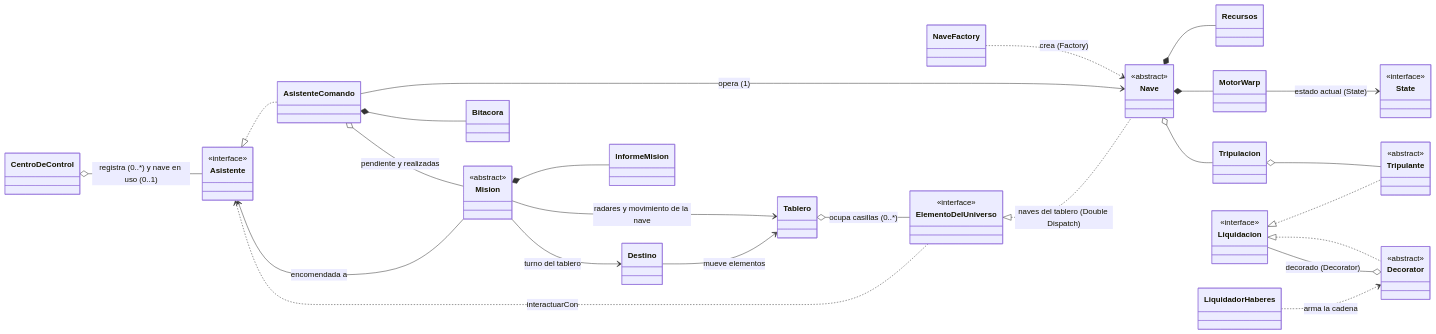
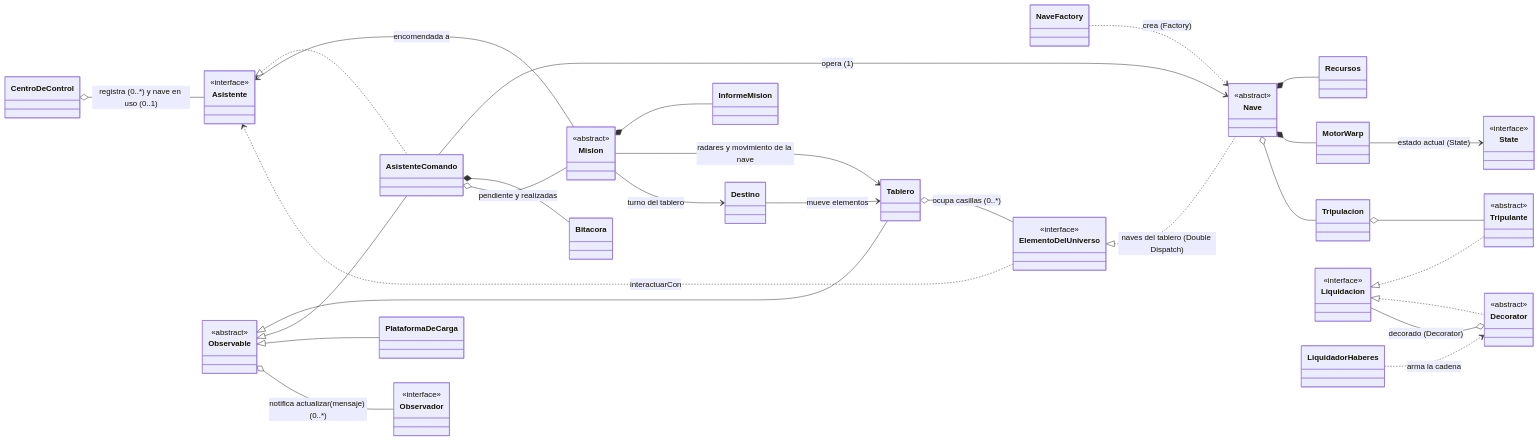
One commit to josesarregui/tpg-programacion-c-nave changed the first of 10 diagrams in docs/diagrama_clases.md. Above: the diagram before and after it, drawn with Mermaid. The commit also changed other lines of this file and 24 other files, not shown here.

First line of the commit message:
Paso 4 E2: Observer unificado con Observable/Observador de la cátedra

````diff
--- a/docs/diagrama_clases.md
+++ b/docs/diagrama_clases.md
@@ -13,55 +13,64 @@
 ```mermaid
 classDiagram
     direction LR
     class CentroDeControl
     class Asistente
     <<interface>> Asistente
     class AsistenteComando
     class Nave
     <<abstract>> Nave
     class NaveFactory
     class MotorWarp
     class State
     <<interface>> State
     class Recursos
     class Tripulacion
     class Tripulante
     <<abstract>> Tripulante
     class Bitacora
     class Mision
     <<abstract>> Mision
     class InformeMision
     class Liquidacion
     <<interface>> Liquidacion
     class Decorator
     <<abstract>> Decorator
     class LiquidadorHaberes
     class ElementoDelUniverso
     <<interface>> ElementoDelUniverso
     class Tablero
     class Destino
+    class Observable
+    <<abstract>> Observable
+    class Observador
+    <<interface>> Observador
+    class PlataformaDeCarga
 
+    Observable <|-- Tablero
+    Observable <|-- AsistenteComando
+    Observable <|-- PlataformaDeCarga
+    Observable o-- Observador : notifica actualizar(mensaje) (0..*)
     CentroDeControl o-- Asistente : registra (0..*) y nave en uso (0..1)
     Asistente <|.. AsistenteComando
     AsistenteComando --> Nave : opera (1)
     AsistenteComando *-- Bitacora
     AsistenteComando o-- Mision : pendiente y realizadas
     Mision --> Asistente : encomendada a
     Mision *-- InformeMision
     Mision --> Tablero : radares y movimiento de la nave
     Mision --> Destino : turno del tablero
     NaveFactory ..> Nave : crea (Factory)
     Nave *-- Recursos
     Nave *-- MotorWarp
     MotorWarp --> State : estado actual (State)
     Nave o-- Tripulacion
     Tripulacion o-- Tripulante
     Liquidacion <|.. Tripulante
     Liquidacion <|.. Decorator
     Decorator o-- Liquidacion : decorado (Decorator)
     LiquidadorHaberes ..> Decorator : arma la cadena
     Tablero o-- ElementoDelUniverso : ocupa casillas (0..*)
     Destino --> Tablero : mueve elementos
     ElementoDelUniverso ..> Asistente : interactuarCon
     ElementoDelUniverso <|.. Nave : naves del tablero (Double Dispatch)
 ```
````
